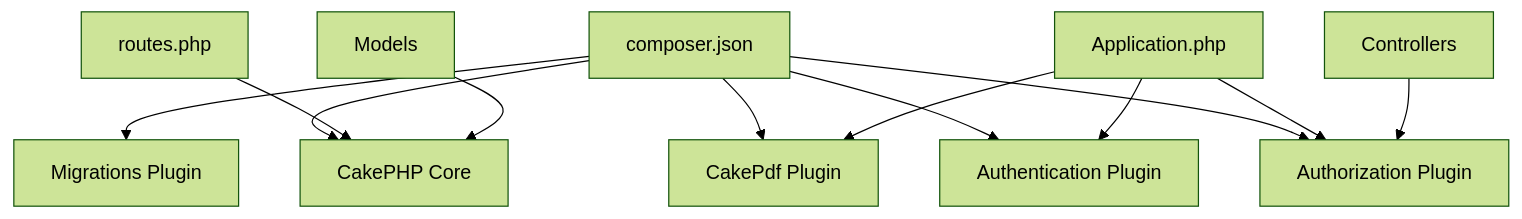
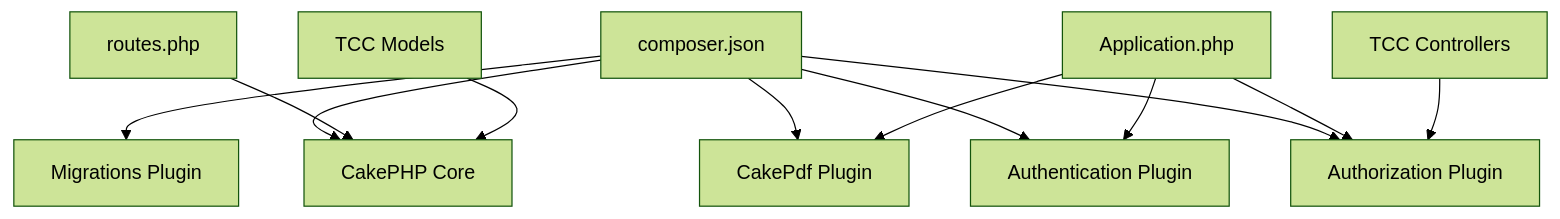
The tenth of 10 diagrams in .qoder/repowiki/en/content/Architecture Overview/Architecture Overview.md (luiseduacosta/tcc4), drawn with Mermaid (forest theme) before and after one commit. The commit also changed other lines of this file and 101 other files, not shown here.

````diff
--- a/.qoder/repowiki/en/content/Architecture Overview/Architecture Overview.md
+++ b/.qoder/repowiki/en/content/Architecture Overview/Architecture Overview.md
@@ -347,14 +355,14 @@
 ```mermaid
 graph TB
 CJSON["composer.json"] --> Core["CakePHP Core"]
 CJSON --> AuthP["Authentication Plugin"]
 CJSON --> AuthzP["Authorization Plugin"]
 CJSON --> PdfP["CakePdf Plugin"]
 CJSON --> MigP["Migrations Plugin"]
 App["Application.php"] --> AuthP
 App --> AuthzP
 App --> PdfP
 Routes["routes.php"] --> Core
-Controllers["Controllers"] --> AuthzP
-Models["Models"] --> Core
+Controllers["TCC Controllers"] --> AuthzP
+Models["TCC Models"] --> Core
 ```
````
